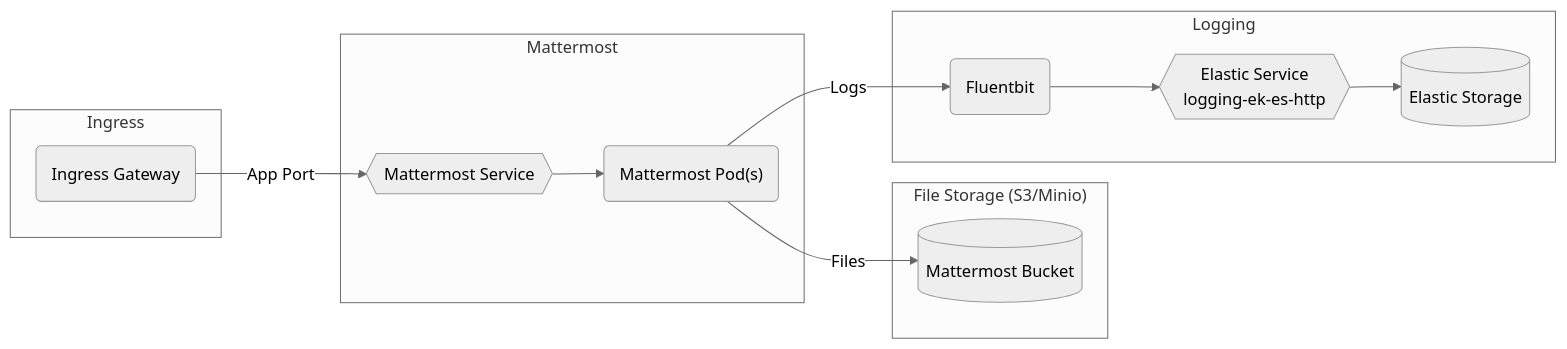
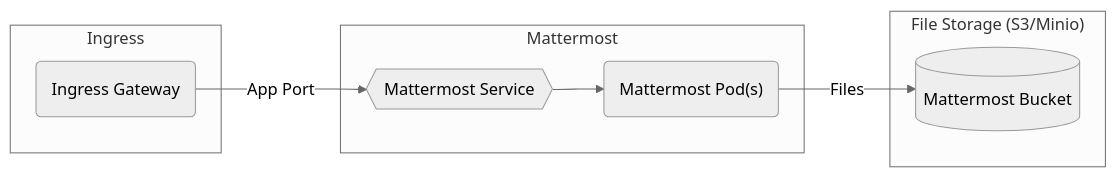
Before and after one commit to rjferguson21/big-bang: the diagram in charter/packages/minio/Architecture.md, drawn with Mermaid (neutral theme).

Commit message:
Removed Mattermost Logging subgraph

````diff
--- a/charter/packages/minio/Architecture.md
+++ b/charter/packages/minio/Architecture.md
@@ -10,20 +10,15 @@
 ```mermaid
 graph LR
   subgraph "Mattermost"
     mattermostpods("Mattermost Pod(s)")
     mmservice{{Mattermost Service}} --> mattermostpods("Mattermost Pod(s)")
   end      
 
   subgraph "Ingress"
     ig(Ingress Gateway) --"App Port"--> mmservice
   end
 
   subgraph "File Storage (S3/Minio)"
     mattermostpods("Mattermost Pod(s)") --"Files"--> bucket[(Mattermost Bucket)]
   end
-
-  subgraph "Logging"
-    mattermostpods("Mattermost Pod(s)") --"Logs"--> fluent(Fluentbit) --> logging-ek-es-http
-    logging-ek-es-http{{Elastic Service<br />logging-ek-es-http}} --> elastic[(Elastic Storage)]
-  end
 ```
````
